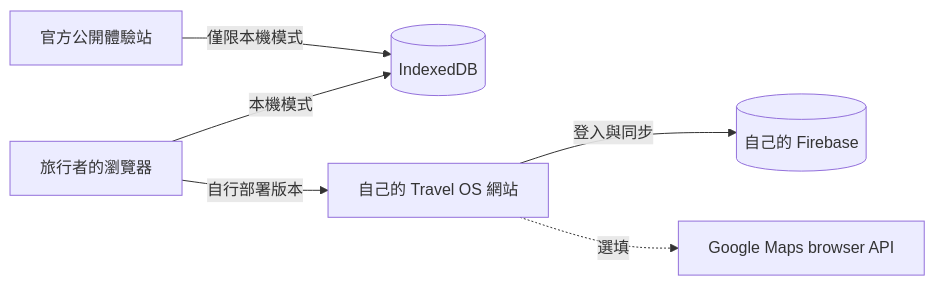
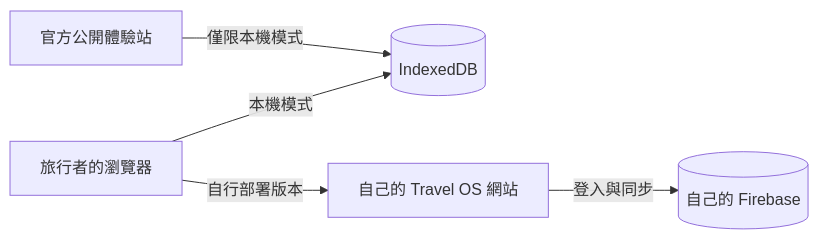
One commit to fishingwithbag/Travel-OS changed the diagram in README.md. Above: the diagram before and after it, drawn with Mermaid. The commit also changed other lines of this file and 12 other files, not shown here.

````diff
--- a/README.md
+++ b/README.md
@@ -65,8 +65,7 @@
 ```mermaid
 flowchart LR
     A[旅行者的瀏覽器] -->|本機模式| B[(IndexedDB)]
     A -->|自行部署版本| C[自己的 Travel OS 網站]
     C -->|登入與同步| D[(自己的 Firebase)]
-    C -. 選填 .-> E[Google Maps browser API]
     F[官方公開體驗站] -->|僅限本機模式| B
 ```
````
